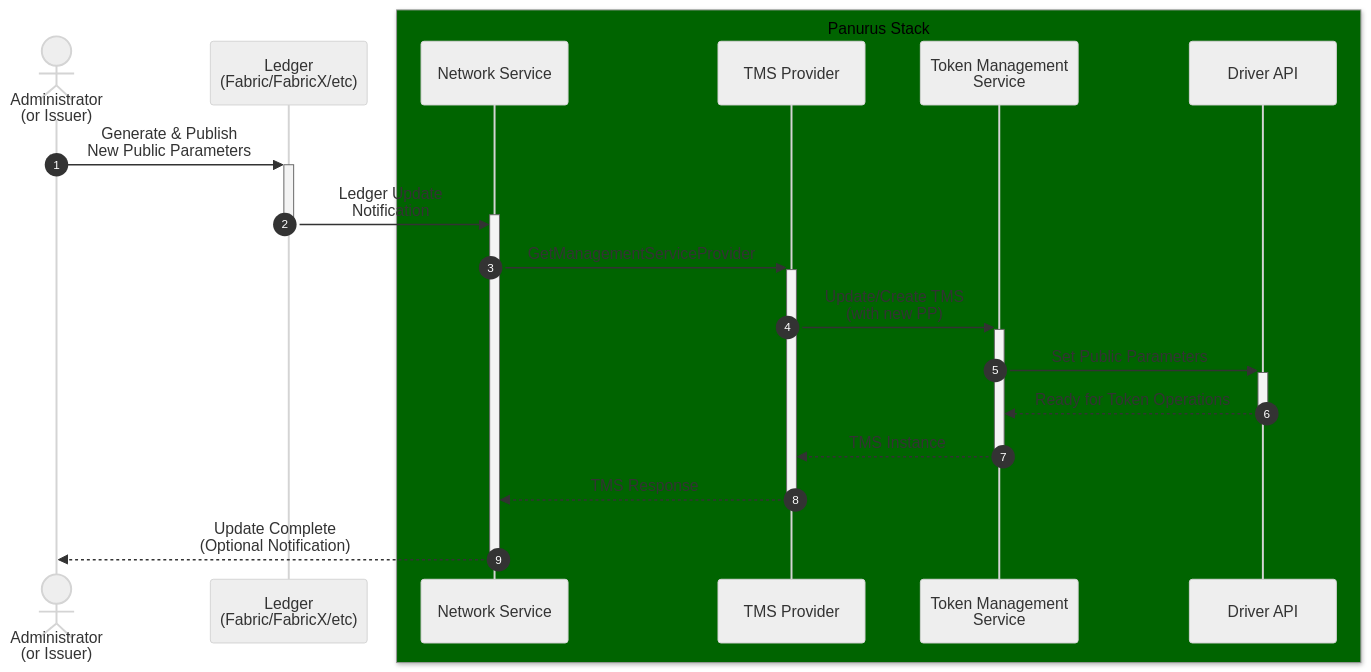
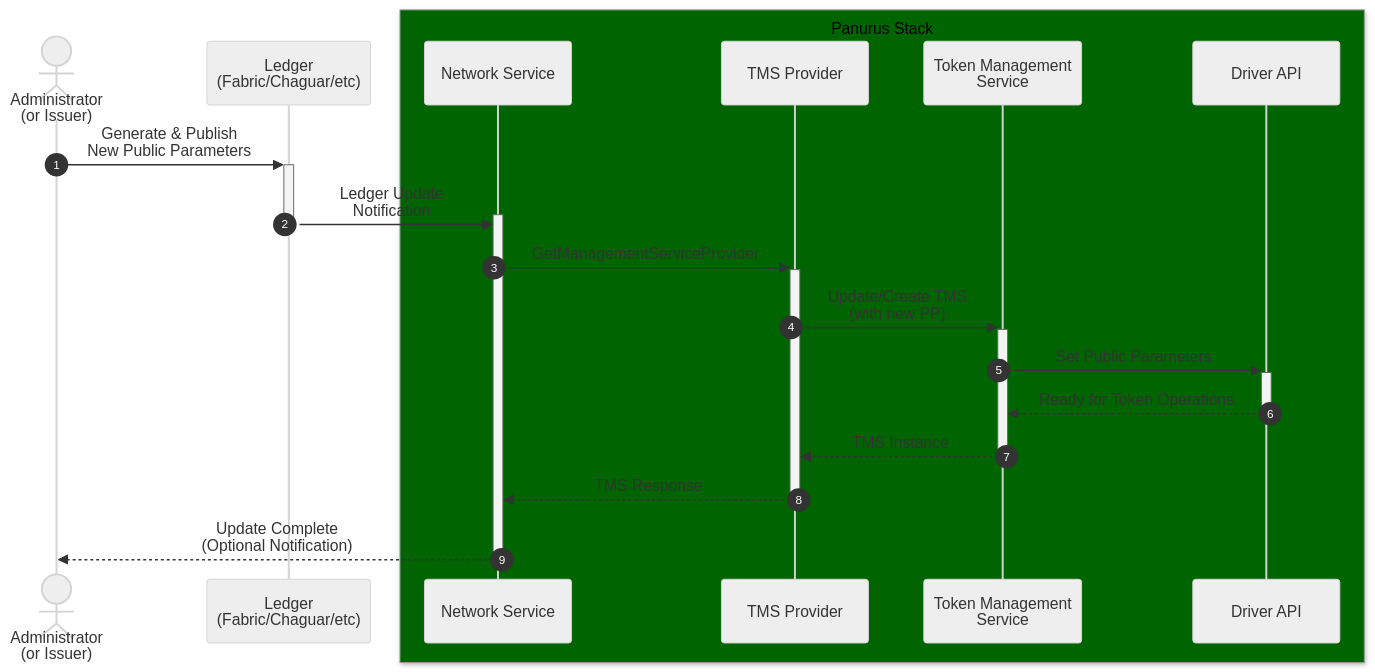
One commit to LFDT-Panurus/panurus changed the diagram in docs/upgradability.md. Above: the diagram before and after it, drawn with Mermaid (neutral theme). The commit also changed 168 other files, not shown here.

Commit message:
Chaguar: rename fabricX to Chaguar

````diff
--- a/docs/upgradability.md
+++ b/docs/upgradability.md
@@ -342,27 +342,27 @@
 ```mermaid
 sequenceDiagram
     autonumber
 
     actor Admin as Administrator<br/>(or Issuer)
-    participant Fabric as Ledger<br/>(Fabric/FabricX/etc)
+    participant Fabric as Ledger<br/>(Fabric/Chaguar/etc)
 
     box darkgreen Panurus Stack
         participant Network as Network Service
         participant Provider as TMS Provider
         participant TMS as Token Management<br/>Service
         participant Driver as Driver API
     end
 
     Admin->>+Fabric: Generate & Publish<br/>New Public Parameters
     Fabric->>+Network: Ledger Update<br/>Notification
     deactivate Fabric
 
     Network->>+Provider: GetManagementServiceProvider
     Provider->>+TMS: Update/Create TMS<br/>(with new PP)
     TMS->>+Driver: Set Public Parameters
 
     Driver-->>-TMS: Ready for Token Operations
     TMS-->>-Provider: TMS Instance
     Provider-->>-Network: TMS Response
     Network-->>-Admin: Update Complete<br/>(Optional Notification)
 ```
````
